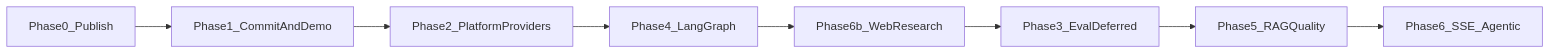
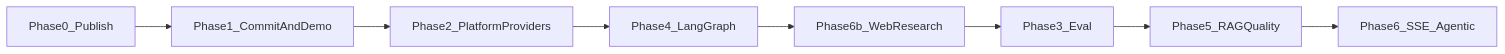
One commit to sandeep-jay/campus-rag-assistant changed the diagram in docs/roadmap/PORTFOLIO_PHASED_ROADMAP.md. Above: the diagram before and after it, drawn with Mermaid. The commit also changed other lines of this file and 16 other files, not shown here.

````diff
--- a/docs/roadmap/PORTFOLIO_PHASED_ROADMAP.md
+++ b/docs/roadmap/PORTFOLIO_PHASED_ROADMAP.md
@@ -47,12 +44,12 @@
 ```mermaid
 flowchart LR
   P0[Phase0_Publish]
   P1[Phase1_CommitAndDemo]
   P2[Phase2_PlatformProviders]
   P4[Phase4_LangGraph]
   P6W[Phase6b_WebResearch]
-  P3[Phase3_EvalDeferred]
+  P3[Phase3_Eval]
   P5[Phase5_RAGQuality]
   P6[Phase6_SSE_Agentic]
   P0 --> P1 --> P2 --> P4 --> P6W --> P3 --> P5 --> P6
 ```
````
